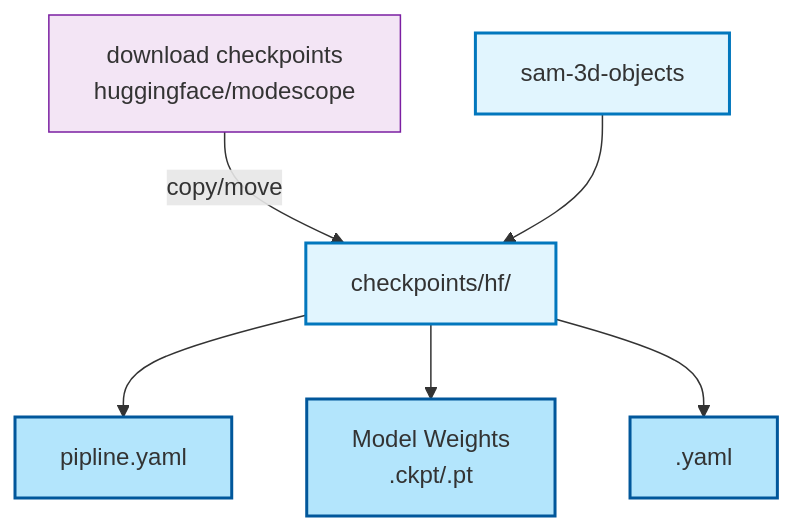
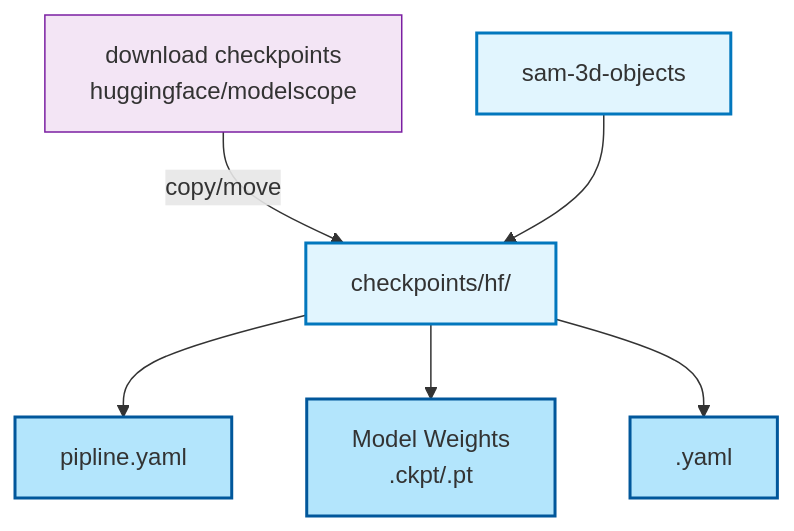
The first of 3 diagrams in README.md (lapertme2/sam-3d-objects-win), drawn with Mermaid before and after one commit. The commit also changed other lines of this file, not shown here.

Commit message:
correct modelscope spell

````diff
--- a/README.md
+++ b/README.md
@@ -197,16 +197,16 @@
 ```mermaid
 graph TD
-    A[download checkpoints<br>huggingface/modescope] -->|copy/move| C
+    A[download checkpoints<br>huggingface/modelscope] -->|copy/move| C
     B[sam-3d-objects] --> C[checkpoints/hf/]    
     C --> D[pipline.yaml]
     C --> E[Model Weights<br>.ckpt/.pt]
     C --> F[.yaml]
     
     %% 样式优化
     classDef dirStyle fill:#e1f5fe,stroke:#0277bd,stroke-width:2px,rounded:10px
     classDef coreDirStyle fill:#b3e5fc,stroke:#01579b,stroke-width:2px,rounded:10px
     classDef fileStyle fill:#f3e5f5,stroke:#7b1fa2,stroke-width:1px,rounded:5px
     class A,B,C dirStyle
     class D,E,F coreDirStyle
     class A fileStyle
 ```
````
